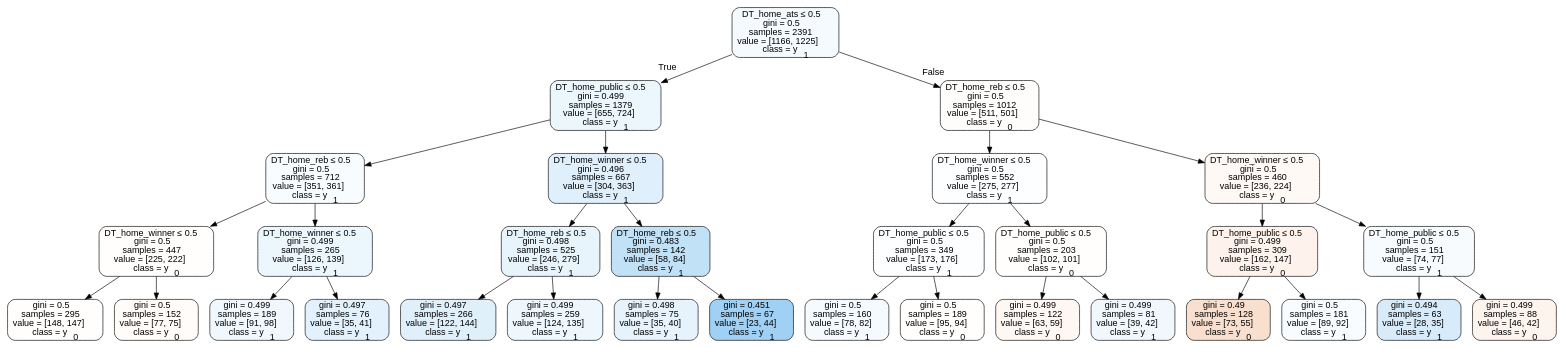
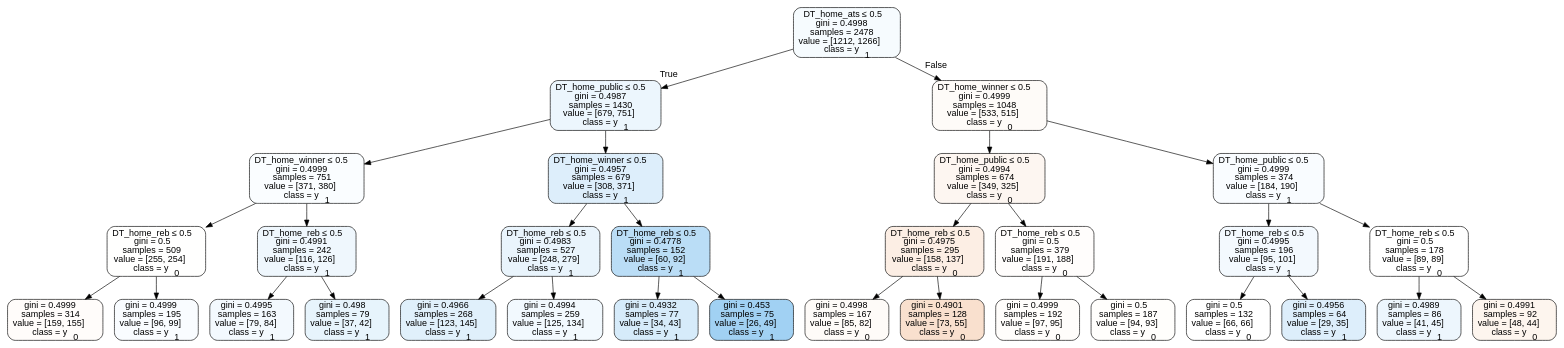
One commit to usbogie/ncaa-bets changed the diagram in Basketball/data/trees/tree2015neutral.dot. Above: the diagram before and after it, drawn with Graphviz. The commit also changed 41 other files, not shown here.

```diff
--- a/Basketball/data/trees/tree2015neutral.dot
+++ b/Basketball/data/trees/tree2015neutral.dot
@@ -1,65 +1,65 @@
 digraph Tree {
 node [shape=box, style="filled, rounded", color="black", fontname=helvetica] ;
 edge [fontname=helvetica] ;
-0 [label=<DT_home_ats &le; 0.5<br/>gini = 0.5<br/>samples = 2391<br/>value = [1166, 1225]<br/>class = y<SUB>1</SUB>>, fillcolor="#399de50c"] ;
-1 [label=<DT_home_public &le; 0.5<br/>gini = 0.499<br/>samples = 1379<br/>value = [655, 724]<br/>class = y<SUB>1</SUB>>, fillcolor="#399de518"] ;
+0 [label=<DT_home_ats &le; 0.5<br/>gini = 0.4998<br/>samples = 2478<br/>value = [1212, 1266]<br/>class = y<SUB>1</SUB>>, fillcolor="#399de50b"] ;
+1 [label=<DT_home_public &le; 0.5<br/>gini = 0.4987<br/>samples = 1430<br/>value = [679, 751]<br/>class = y<SUB>1</SUB>>, fillcolor="#399de518"] ;
 0 -> 1 [labeldistance=2.5, labelangle=45, headlabel="True"] ;
-2 [label=<DT_home_reb &le; 0.5<br/>gini = 0.5<br/>samples = 712<br/>value = [351, 361]<br/>class = y<SUB>1</SUB>>, fillcolor="#399de507"] ;
+2 [label=<DT_home_winner &le; 0.5<br/>gini = 0.4999<br/>samples = 751<br/>value = [371, 380]<br/>class = y<SUB>1</SUB>>, fillcolor="#399de506"] ;
 1 -> 2 ;
-3 [label=<DT_home_winner &le; 0.5<br/>gini = 0.5<br/>samples = 447<br/>value = [225, 222]<br/>class = y<SUB>0</SUB>>, fillcolor="#e5813903"] ;
+3 [label=<DT_home_reb &le; 0.5<br/>gini = 0.5<br/>samples = 509<br/>value = [255, 254]<br/>class = y<SUB>0</SUB>>, fillcolor="#e5813901"] ;
 2 -> 3 ;
-4 [label=<gini = 0.5<br/>samples = 295<br/>value = [148, 147]<br/>class = y<SUB>0</SUB>>, fillcolor="#e5813902"] ;
+4 [label=<gini = 0.4999<br/>samples = 314<br/>value = [159, 155]<br/>class = y<SUB>0</SUB>>, fillcolor="#e5813906"] ;
 3 -> 4 ;
-5 [label=<gini = 0.5<br/>samples = 152<br/>value = [77, 75]<br/>class = y<SUB>0</SUB>>, fillcolor="#e5813907"] ;
+5 [label=<gini = 0.4999<br/>samples = 195<br/>value = [96, 99]<br/>class = y<SUB>1</SUB>>, fillcolor="#399de508"] ;
 3 -> 5 ;
-6 [label=<DT_home_winner &le; 0.5<br/>gini = 0.499<br/>samples = 265<br/>value = [126, 139]<br/>class = y<SUB>1</SUB>>, fillcolor="#399de518"] ;
+6 [label=<DT_home_reb &le; 0.5<br/>gini = 0.4991<br/>samples = 242<br/>value = [116, 126]<br/>class = y<SUB>1</SUB>>, fillcolor="#399de514"] ;
 2 -> 6 ;
-7 [label=<gini = 0.499<br/>samples = 189<br/>value = [91, 98]<br/>class = y<SUB>1</SUB>>, fillcolor="#399de512"] ;
+7 [label=<gini = 0.4995<br/>samples = 163<br/>value = [79, 84]<br/>class = y<SUB>1</SUB>>, fillcolor="#399de50f"] ;
 6 -> 7 ;
-8 [label=<gini = 0.497<br/>samples = 76<br/>value = [35, 41]<br/>class = y<SUB>1</SUB>>, fillcolor="#399de525"] ;
+8 [label=<gini = 0.498<br/>samples = 79<br/>value = [37, 42]<br/>class = y<SUB>1</SUB>>, fillcolor="#399de51e"] ;
 6 -> 8 ;
-9 [label=<DT_home_winner &le; 0.5<br/>gini = 0.496<br/>samples = 667<br/>value = [304, 363]<br/>class = y<SUB>1</SUB>>, fillcolor="#399de529"] ;
+9 [label=<DT_home_winner &le; 0.5<br/>gini = 0.4957<br/>samples = 679<br/>value = [308, 371]<br/>class = y<SUB>1</SUB>>, fillcolor="#399de52b"] ;
 1 -> 9 ;
-10 [label=<DT_home_reb &le; 0.5<br/>gini = 0.498<br/>samples = 525<br/>value = [246, 279]<br/>class = y<SUB>1</SUB>>, fillcolor="#399de51e"] ;
+10 [label=<DT_home_reb &le; 0.5<br/>gini = 0.4983<br/>samples = 527<br/>value = [248, 279]<br/>class = y<SUB>1</SUB>>, fillcolor="#399de51c"] ;
 9 -> 10 ;
-11 [label=<gini = 0.497<br/>samples = 266<br/>value = [122, 144]<br/>class = y<SUB>1</SUB>>, fillcolor="#399de527"] ;
+11 [label=<gini = 0.4966<br/>samples = 268<br/>value = [123, 145]<br/>class = y<SUB>1</SUB>>, fillcolor="#399de527"] ;
 10 -> 11 ;
-12 [label=<gini = 0.499<br/>samples = 259<br/>value = [124, 135]<br/>class = y<SUB>1</SUB>>, fillcolor="#399de515"] ;
+12 [label=<gini = 0.4994<br/>samples = 259<br/>value = [125, 134]<br/>class = y<SUB>1</SUB>>, fillcolor="#399de511"] ;
 10 -> 12 ;
-13 [label=<DT_home_reb &le; 0.5<br/>gini = 0.483<br/>samples = 142<br/>value = [58, 84]<br/>class = y<SUB>1</SUB>>, fillcolor="#399de54f"] ;
+13 [label=<DT_home_reb &le; 0.5<br/>gini = 0.4778<br/>samples = 152<br/>value = [60, 92]<br/>class = y<SUB>1</SUB>>, fillcolor="#399de559"] ;
 9 -> 13 ;
-14 [label=<gini = 0.498<br/>samples = 75<br/>value = [35, 40]<br/>class = y<SUB>1</SUB>>, fillcolor="#399de520"] ;
+14 [label=<gini = 0.4932<br/>samples = 77<br/>value = [34, 43]<br/>class = y<SUB>1</SUB>>, fillcolor="#399de535"] ;
 13 -> 14 ;
-15 [label=<gini = 0.451<br/>samples = 67<br/>value = [23, 44]<br/>class = y<SUB>1</SUB>>, fillcolor="#399de57a"] ;
+15 [label=<gini = 0.453<br/>samples = 75<br/>value = [26, 49]<br/>class = y<SUB>1</SUB>>, fillcolor="#399de578"] ;
 13 -> 15 ;
-16 [label=<DT_home_reb &le; 0.5<br/>gini = 0.5<br/>samples = 1012<br/>value = [511, 501]<br/>class = y<SUB>0</SUB>>, fillcolor="#e5813905"] ;
+16 [label=<DT_home_winner &le; 0.5<br/>gini = 0.4999<br/>samples = 1048<br/>value = [533, 515]<br/>class = y<SUB>0</SUB>>, fillcolor="#e5813909"] ;
 0 -> 16 [labeldistance=2.5, labelangle=-45, headlabel="False"] ;
-17 [label=<DT_home_winner &le; 0.5<br/>gini = 0.5<br/>samples = 552<br/>value = [275, 277]<br/>class = y<SUB>1</SUB>>, fillcolor="#399de502"] ;
+17 [label=<DT_home_public &le; 0.5<br/>gini = 0.4994<br/>samples = 674<br/>value = [349, 325]<br/>class = y<SUB>0</SUB>>, fillcolor="#e5813912"] ;
 16 -> 17 ;
-18 [label=<DT_home_public &le; 0.5<br/>gini = 0.5<br/>samples = 349<br/>value = [173, 176]<br/>class = y<SUB>1</SUB>>, fillcolor="#399de504"] ;
+18 [label=<DT_home_reb &le; 0.5<br/>gini = 0.4975<br/>samples = 295<br/>value = [158, 137]<br/>class = y<SUB>0</SUB>>, fillcolor="#e5813922"] ;
 17 -> 18 ;
-19 [label=<gini = 0.5<br/>samples = 160<br/>value = [78, 82]<br/>class = y<SUB>1</SUB>>, fillcolor="#399de50c"] ;
+19 [label=<gini = 0.4998<br/>samples = 167<br/>value = [85, 82]<br/>class = y<SUB>0</SUB>>, fillcolor="#e5813909"] ;
 18 -> 19 ;
-20 [label=<gini = 0.5<br/>samples = 189<br/>value = [95, 94]<br/>class = y<SUB>0</SUB>>, fillcolor="#e5813903"] ;
+20 [label=<gini = 0.4901<br/>samples = 128<br/>value = [73, 55]<br/>class = y<SUB>0</SUB>>, fillcolor="#e581393f"] ;
 18 -> 20 ;
-21 [label=<DT_home_public &le; 0.5<br/>gini = 0.5<br/>samples = 203<br/>value = [102, 101]<br/>class = y<SUB>0</SUB>>, fillcolor="#e5813903"] ;
+21 [label=<DT_home_reb &le; 0.5<br/>gini = 0.5<br/>samples = 379<br/>value = [191, 188]<br/>class = y<SUB>0</SUB>>, fillcolor="#e5813904"] ;
 17 -> 21 ;
-22 [label=<gini = 0.499<br/>samples = 122<br/>value = [63, 59]<br/>class = y<SUB>0</SUB>>, fillcolor="#e5813910"] ;
+22 [label=<gini = 0.4999<br/>samples = 192<br/>value = [97, 95]<br/>class = y<SUB>0</SUB>>, fillcolor="#e5813905"] ;
 21 -> 22 ;
-23 [label=<gini = 0.499<br/>samples = 81<br/>value = [39, 42]<br/>class = y<SUB>1</SUB>>, fillcolor="#399de512"] ;
+23 [label=<gini = 0.5<br/>samples = 187<br/>value = [94, 93]<br/>class = y<SUB>0</SUB>>, fillcolor="#e5813903"] ;
 21 -> 23 ;
-24 [label=<DT_home_winner &le; 0.5<br/>gini = 0.5<br/>samples = 460<br/>value = [236, 224]<br/>class = y<SUB>0</SUB>>, fillcolor="#e581390d"] ;
+24 [label=<DT_home_public &le; 0.5<br/>gini = 0.4999<br/>samples = 374<br/>value = [184, 190]<br/>class = y<SUB>1</SUB>>, fillcolor="#399de508"] ;
 16 -> 24 ;
-25 [label=<DT_home_public &le; 0.5<br/>gini = 0.499<br/>samples = 309<br/>value = [162, 147]<br/>class = y<SUB>0</SUB>>, fillcolor="#e5813918"] ;
+25 [label=<DT_home_reb &le; 0.5<br/>gini = 0.4995<br/>samples = 196<br/>value = [95, 101]<br/>class = y<SUB>1</SUB>>, fillcolor="#399de50f"] ;
 24 -> 25 ;
-26 [label=<gini = 0.49<br/>samples = 128<br/>value = [73, 55]<br/>class = y<SUB>0</SUB>>, fillcolor="#e581393f"] ;
+26 [label=<gini = 0.5<br/>samples = 132<br/>value = [66, 66]<br/>class = y<SUB>0</SUB>>, fillcolor="#e5813900"] ;
 25 -> 26 ;
-27 [label=<gini = 0.5<br/>samples = 181<br/>value = [89, 92]<br/>class = y<SUB>1</SUB>>, fillcolor="#399de508"] ;
+27 [label=<gini = 0.4956<br/>samples = 64<br/>value = [29, 35]<br/>class = y<SUB>1</SUB>>, fillcolor="#399de52c"] ;
 25 -> 27 ;
-28 [label=<DT_home_public &le; 0.5<br/>gini = 0.5<br/>samples = 151<br/>value = [74, 77]<br/>class = y<SUB>1</SUB>>, fillcolor="#399de50a"] ;
+28 [label=<DT_home_reb &le; 0.5<br/>gini = 0.5<br/>samples = 178<br/>value = [89, 89]<br/>class = y<SUB>0</SUB>>, fillcolor="#e5813900"] ;
 24 -> 28 ;
-29 [label=<gini = 0.494<br/>samples = 63<br/>value = [28, 35]<br/>class = y<SUB>1</SUB>>, fillcolor="#399de533"] ;
+29 [label=<gini = 0.4989<br/>samples = 86<br/>value = [41, 45]<br/>class = y<SUB>1</SUB>>, fillcolor="#399de517"] ;
 28 -> 29 ;
-30 [label=<gini = 0.499<br/>samples = 88<br/>value = [46, 42]<br/>class = y<SUB>0</SUB>>, fillcolor="#e5813916"] ;
+30 [label=<gini = 0.4991<br/>samples = 92<br/>value = [48, 44]<br/>class = y<SUB>0</SUB>>, fillcolor="#e5813915"] ;
 28 -> 30 ;
 }
```
